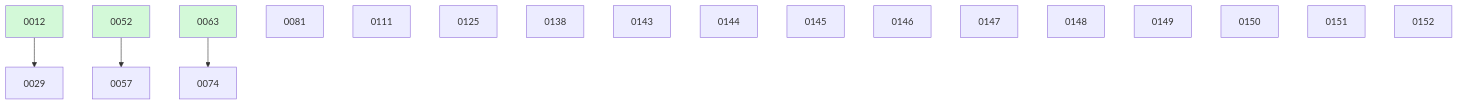
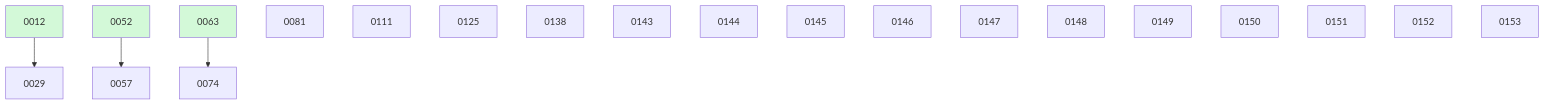
Before and after one commit to ethanhinson/fuse: the diagram in docs/changes/BOARD.md, drawn with Mermaid. The commit also changed other lines of this file and 1 other file, not shown here.

````diff
--- a/docs/changes/BOARD.md
+++ b/docs/changes/BOARD.md
@@ -42,24 +43,25 @@
 ```mermaid
 graph TD
   0012 --> 0029
   0052 --> 0057
   0063 --> 0074
   0081
   0111
   0125
   0138
   0143
   0144
   0145
   0146
   0147
   0148
   0149
   0150
   0151
   0152
+  0153
   0012:::done
   0052:::done
   0063:::done
   classDef done fill:#d3f9d8;
 ```
````
